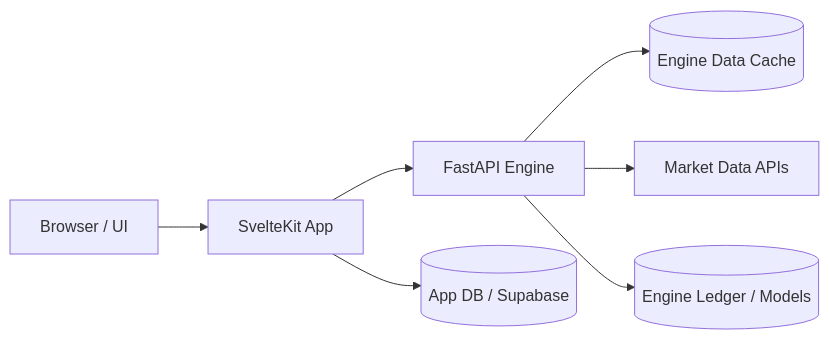
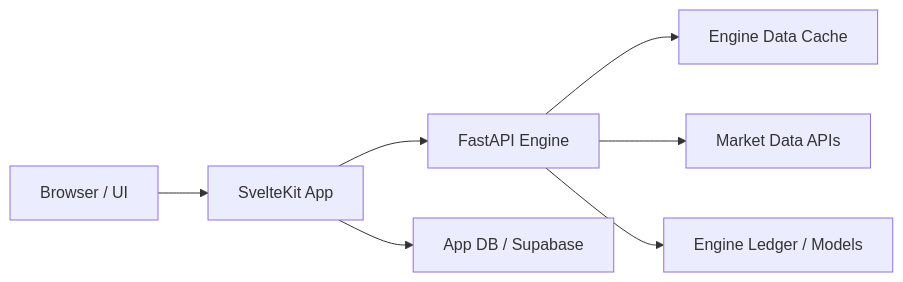
Before and after one commit to eunjuhyun88/WTD_2: the second of 4 diagrams in docs/architecture.md, drawn with Mermaid. The commit also changed other lines of this file and 56 other files, not shown here.

````diff
--- a/docs/architecture.md
+++ b/docs/architecture.md
@@ -7,9 +19,9 @@
 ```mermaid
 flowchart LR
-  Browser[Browser / UI] --> App[SvelteKit App]
-  App --> Engine[FastAPI Engine]
-  App --> AppDB[(App DB / Supabase)]
-  Engine --> Cache[(Engine Data Cache)]
-  Engine --> Exchange[Market Data APIs]
-  Engine --> EngineStore[(Engine Ledger / Models)]
+  Browser["Browser / UI"] --> App["SvelteKit App"]
+  App --> Engine["FastAPI Engine"]
+  App --> AppDB["App DB / Supabase"]
+  Engine --> Cache["Engine Data Cache"]
+  Engine --> Exchange["Market Data APIs"]
+  Engine --> EngineStore["Engine Ledger / Models"]
 ```
````
